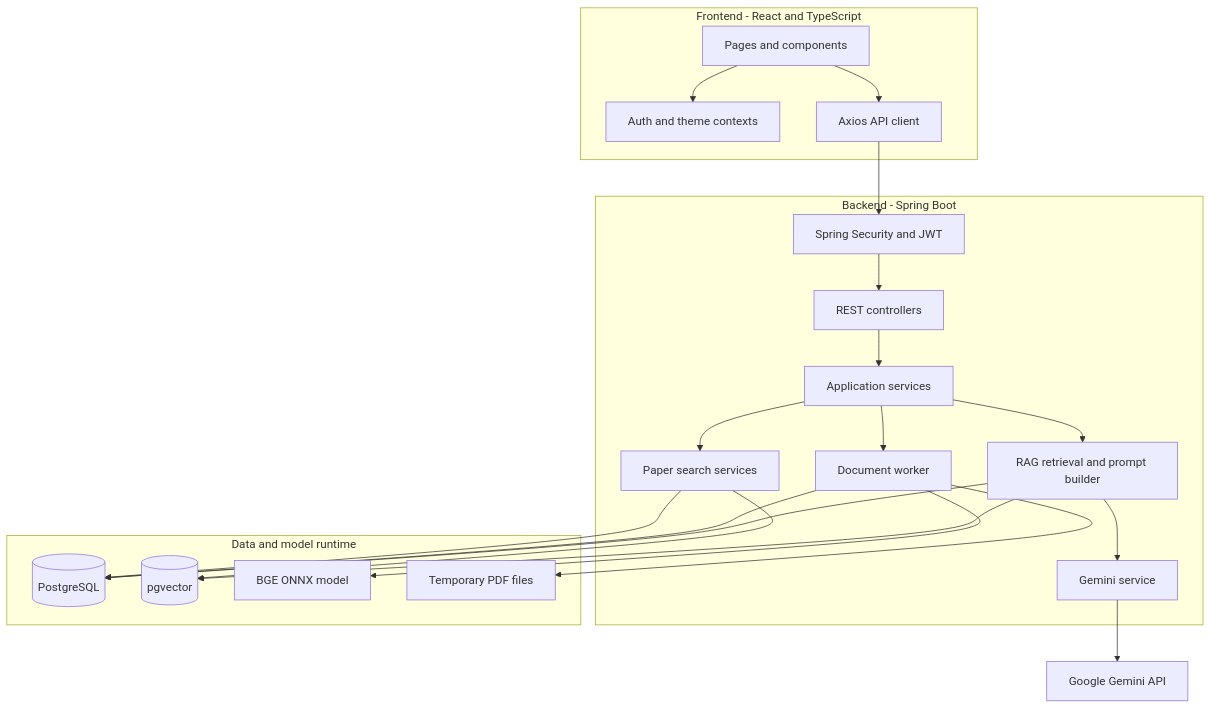
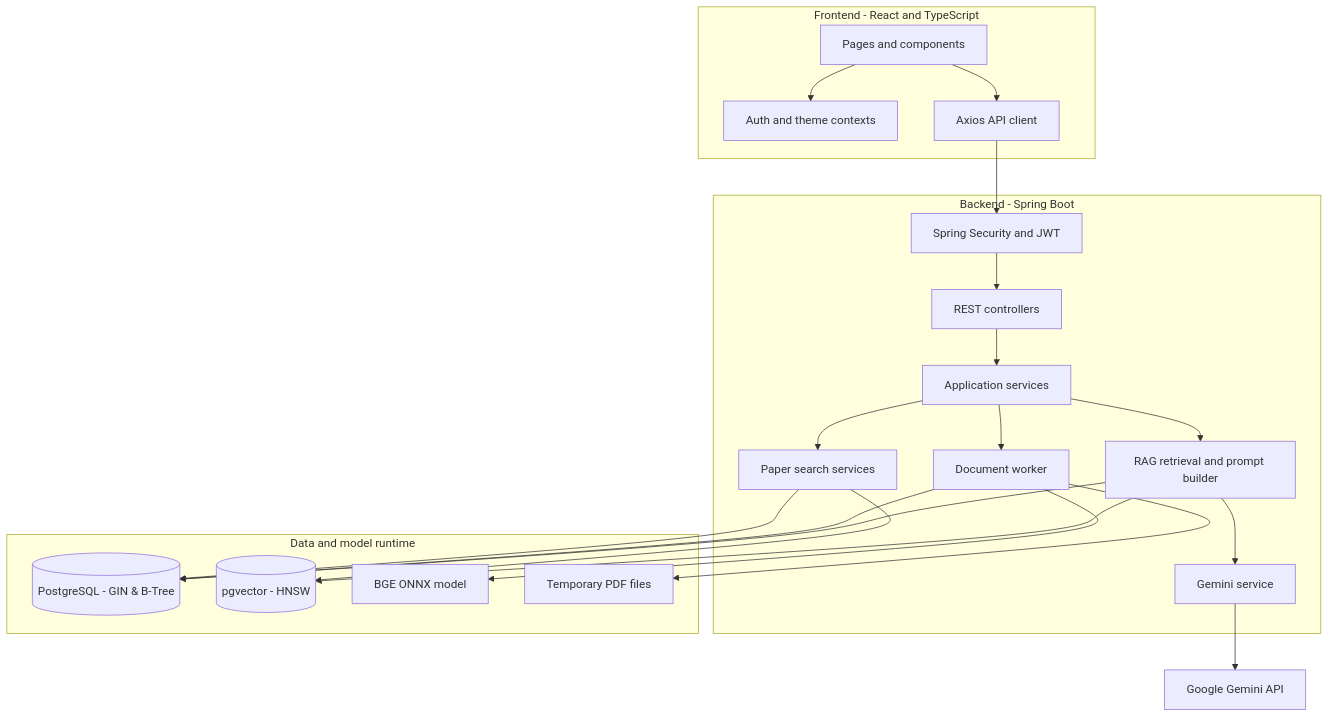
Before and after one commit to Chinmay48/researchmate-frontend: the second of 5 diagrams in README.md, drawn with Mermaid. The commit also changed other lines of this file, not shown here.

````diff
--- a/README.md
+++ b/README.md
@@ -116,38 +117,38 @@
-``` mermaid
+```mermaid
 flowchart TB
     subgraph Frontend["Frontend - React and TypeScript"]
       UI[Pages and components]
       CTX[Auth and theme contexts]
       AX[Axios API client]
       UI --> CTX
       UI --> AX
     end
     subgraph Backend["Backend - Spring Boot"]
       SEC[Spring Security and JWT]
       CTRL[REST controllers]
       SVC[Application services]
       SEARCH[Paper search services]
       WORKER[Document worker]
       RAG[RAG retrieval and prompt builder]
       GEM[Gemini service]
       SEC --> CTRL --> SVC
       SVC --> SEARCH
       SVC --> WORKER
       SVC --> RAG --> GEM
     end
     subgraph Data["Data and model runtime"]
-      PG[(PostgreSQL)]
-      VEC[(pgvector)]
+      PG[(PostgreSQL - GIN & B-Tree)]
+      VEC[(pgvector - HNSW)]
       ONNX[BGE ONNX model]
       TMP[Temporary PDF files]
     end
     AX --> SEC
     SEARCH --> PG
     SEARCH --> VEC
     WORKER --> PG
     WORKER --> ONNX
     WORKER --> TMP
     RAG --> PG
     RAG --> VEC
     GEM --> API[Google Gemini API]
 ```
````
